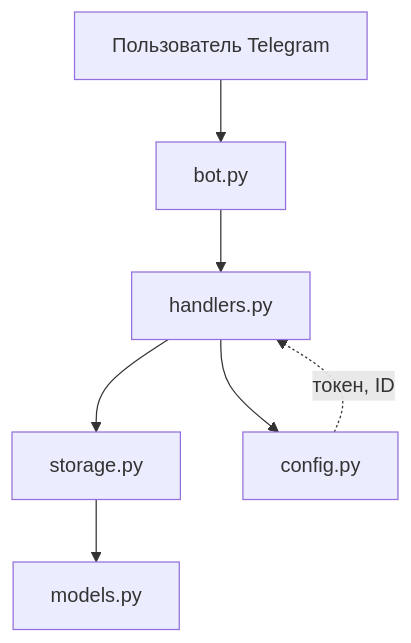
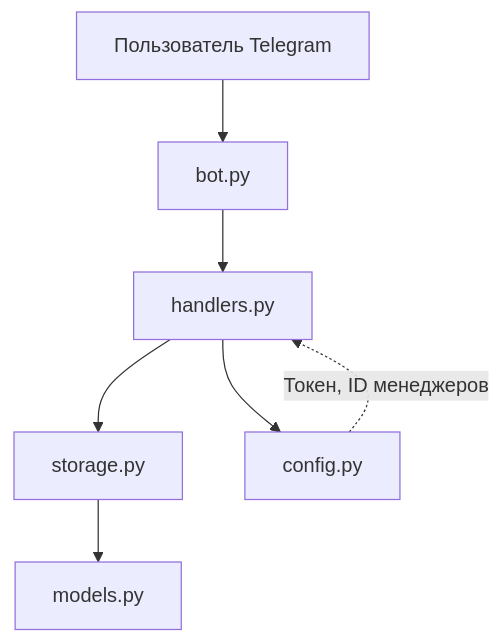
The second of 2 diagrams in README.md (kazumasatovich/telegram-crm-bot), drawn with Mermaid before and after one commit. The commit also changed other lines of this file, not shown here.

````diff
--- a/README.md
+++ b/README.md
@@ -22,9 +102,9 @@
 ```mermaid
 flowchart TD
     U[Пользователь Telegram] --> B[bot.py]
     B --> H[handlers.py]
     H --> S[storage.py]
     H --> C[config.py]
     S --> M[models.py]
-    C -.->|токен, ID| H
+    C -.->|Токен, ID менеджеров| H
 ```
````
